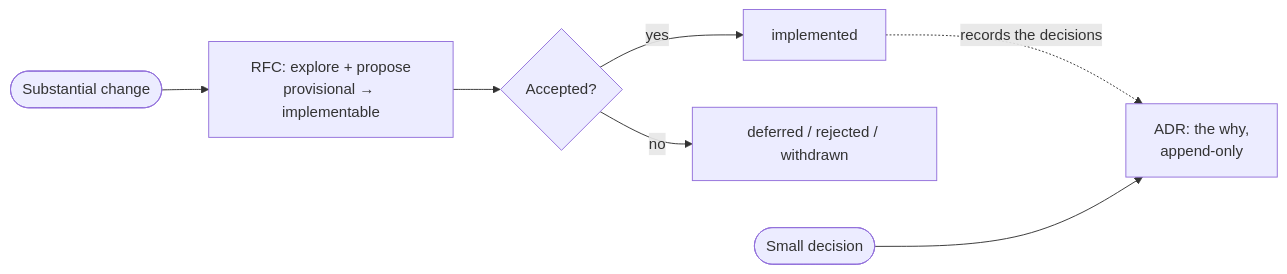
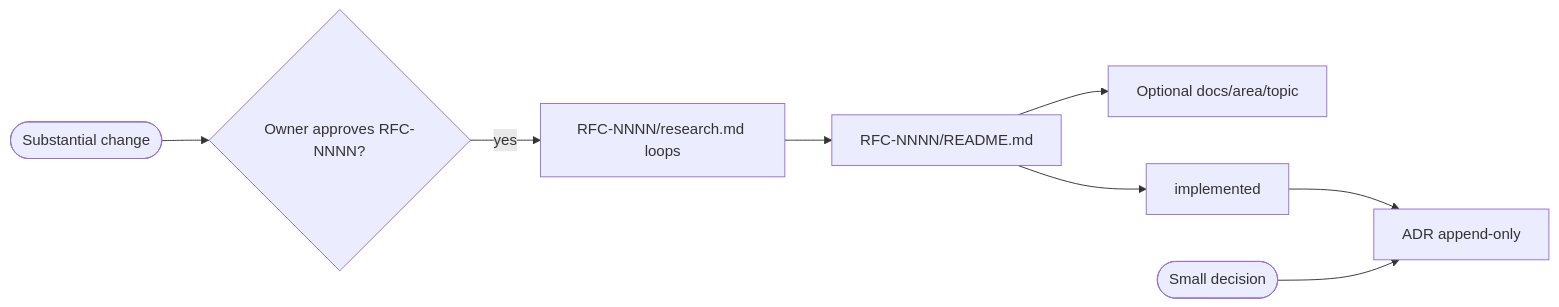
Before and after one commit to duynhlab/homelab: the diagram in docs/proposals/README.md, drawn with Mermaid. The commit also changed other lines of this file and 13 other files, not shown here.

First line of the commit message:
Docs: RFC research workflow and remove TODO.md (#552)

````diff
--- a/docs/proposals/README.md
+++ b/docs/proposals/README.md
@@ -15,9 +15,10 @@
 ```mermaid
 flowchart LR
-    Idea([Substantial change]) --> RFC[RFC: explore + propose<br/>provisional → implementable]
-    RFC --> Accept{Accepted?}
-    Accept -- yes --> Impl[implemented]
-    Accept -- no --> Drop[deferred / rejected / withdrawn]
-    Impl -. records the decisions .-> ADR[ADR: the why,<br/>append-only]
-    Small([Small decision]) --> ADR
+  Idea([Substantial change]) --> Ask{Owner approves RFC-NNNN?}
+  Ask -->|yes| Res[RFC-NNNN/research.md loops]
+  Res --> RFC[RFC-NNNN/README.md]
+  RFC --> Docs[Optional docs/area/topic]
+  RFC --> Impl[implemented]
+  Impl --> ADR[ADR append-only]
+  Small([Small decision]) --> ADR
 ```
````
